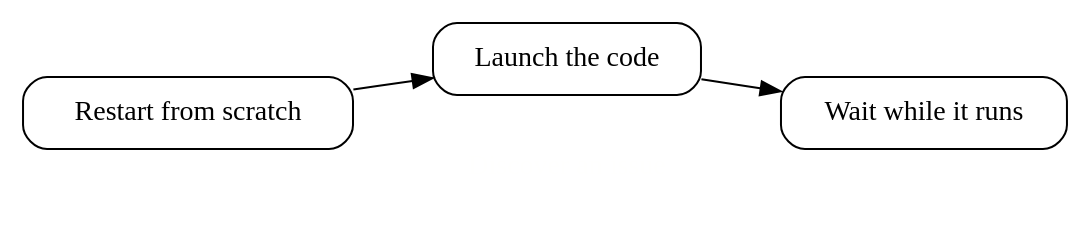
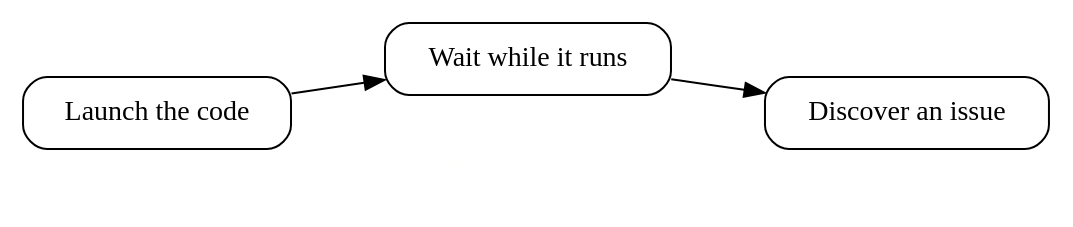
One commit to JT-39/targets-coffee-code changed the eighth of 11 diagrams in intro-targets.qmd. Above: the diagram before and after it, drawn with Graphviz. The commit also changed other lines of this file and 1 other file, not shown here.

Commit message:
Added couple slides and reordered graph, also hex logo on title slide

````diff
--- a/intro-targets.qmd
+++ b/intro-targets.qmd
@@ -189,17 +171,17 @@
 ```{dot}
 digraph G {
     rankdir=LR;
     node [shape = box style=rounded color=transparent]
     edge [color=transparent]
     {
-        A[label="Restart from scratch" color=black]
-        B[label="Launch the code" color=black]
-        C[label="Discover an issue" fontcolor=transparent]
-        D[label="Wait while it runs" color=black]
+        A[label="Launch the code" color=black]
+        B[label="Wait while it runs" color=black]
+        C[label="Discover an issue" color=black]
+        D[label="Restart from scratch" fontcolor=transparent]
     }
     A -> B [color=black]
-    A -> C [dir=back color=transparent]
-    B -> D [color=black]
-    C -> D [dir=back color=transparent]
+    A -> D [dir=back color=transparent]
+    B -> C [color=black]
+    D -> C [dir=back color=transparent]
 }
 ```
````
